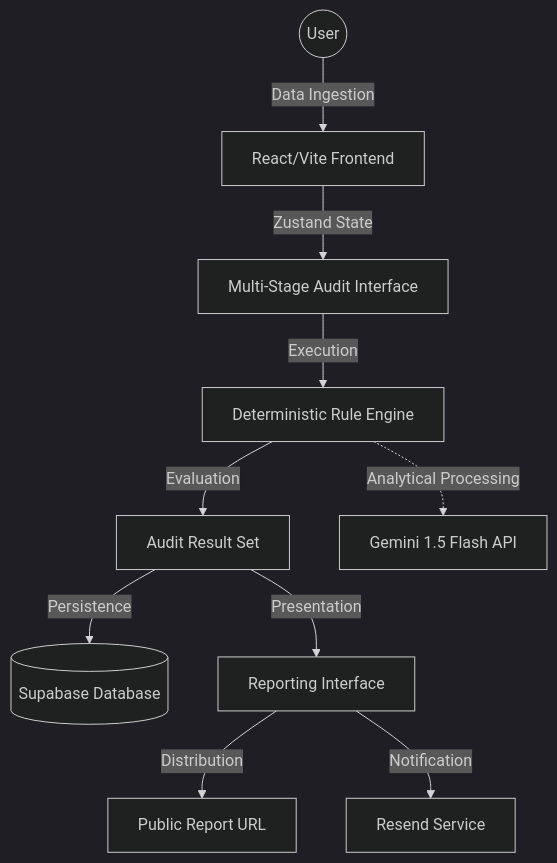
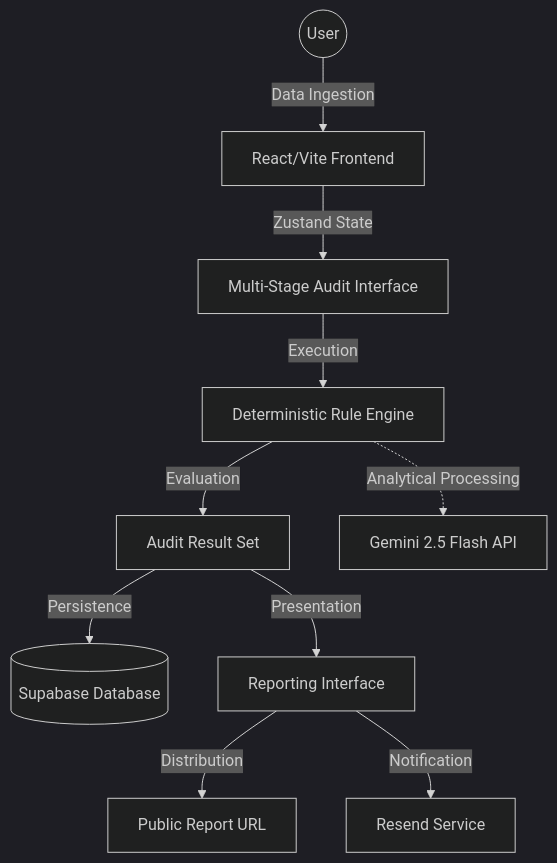
The diagram in ARCHITECTURE.md (TarunyaProgrammer/vyay-aiCreditsAuditer), drawn with Mermaid (dark theme) before and after one commit. The commit also changed other lines of this file and 25 other files, not shown here.

````diff
--- a/ARCHITECTURE.md
+++ b/ARCHITECTURE.md
@@ -9,13 +9,13 @@
 ```mermaid
 graph TD
     User((User)) -->|Data Ingestion| WebApp[React/Vite Frontend]
     WebApp -->|Zustand State| FormLogic[Multi-Stage Audit Interface]
     FormLogic -->|Execution| AuditEngine[Deterministic Rule Engine]
     AuditEngine -->|Evaluation| Results[Audit Result Set]
     Results -->|Persistence| Supabase[(Supabase Database)]
     Results -->|Presentation| ResultPage[Reporting Interface]
     
-    AuditEngine -.->|Analytical Processing| Gemini[Gemini 1.5 Flash API]
+    AuditEngine -.->|Analytical Processing| Gemini[Gemini 2.5 Flash API]
     ResultPage -->|Distribution| PublicLink[Public Report URL]
     ResultPage -->|Notification| Resend[Resend Service]
 ```
````
